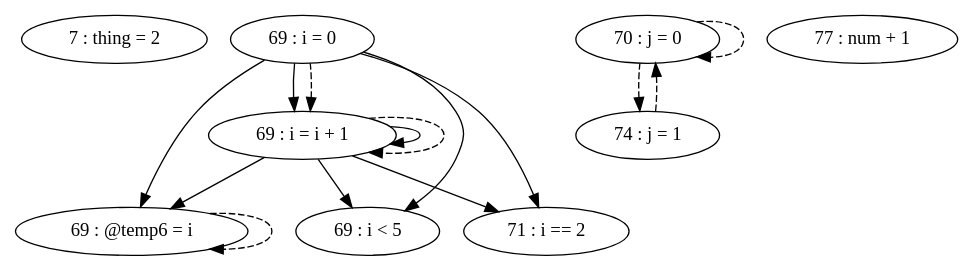
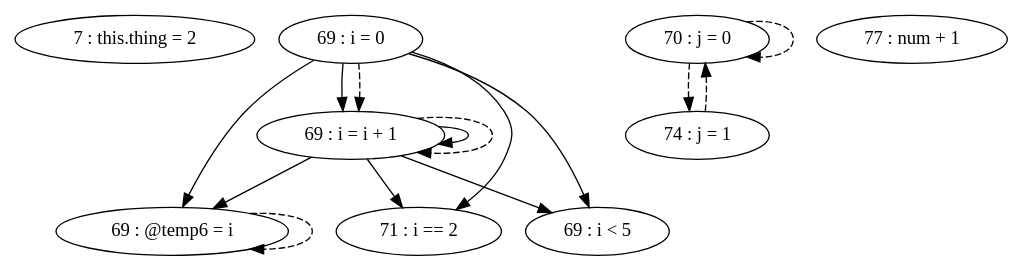
One commit to thomassimko/thesis-code-duplication changed the diagram in target/classes/pdg/source/testFile-getNum.gv. Above: the diagram before and after it, drawn with Graphviz. The commit also changed 61 other files, not shown here.

```diff
--- a/target/classes/pdg/source/testFile-getNum.gv
+++ b/target/classes/pdg/source/testFile-getNum.gv
@@ -1,25 +1,25 @@
 digraph G {
-"7 : thing = 2"
+"7 : this.thing = 2"
 "69 : i = 0"
+"69 : i = 0" -> "69 : @temp6 = i"
+"69 : i = 0" -> "71 : i == 2"
+"69 : i = 0" -> "69 : i < 5"
 "69 : i = 0" -> "69 : i = i + 1"
-"69 : i = 0" -> "69 : @temp6 = i"
-"69 : i = 0" -> "69 : i < 5"
-"69 : i = 0" -> "71 : i == 2"
 "69 : i = 0" -> "69 : i = i + 1" [style=dashed]
 "69 : i < 5"
 "70 : j = 0"
 "70 : j = 0" -> "70 : j = 0" [style=dashed]
 "70 : j = 0" -> "74 : j = 1" [style=dashed]
 "71 : i == 2"
 "77 : num + 1"
 "74 : j = 1"
 "74 : j = 1" -> "70 : j = 0" [style=dashed]
 "69 : @temp6 = i"
 "69 : @temp6 = i" -> "69 : @temp6 = i" [style=dashed]
 "69 : i = i + 1"
+"69 : i = i + 1" -> "69 : @temp6 = i"
+"69 : i = i + 1" -> "71 : i == 2"
+"69 : i = i + 1" -> "69 : i < 5"
 "69 : i = i + 1" -> "69 : i = i + 1"
-"69 : i = i + 1" -> "69 : @temp6 = i"
-"69 : i = i + 1" -> "69 : i < 5"
-"69 : i = i + 1" -> "71 : i == 2"
 "69 : i = i + 1" -> "69 : i = i + 1" [style=dashed]
 }
```
